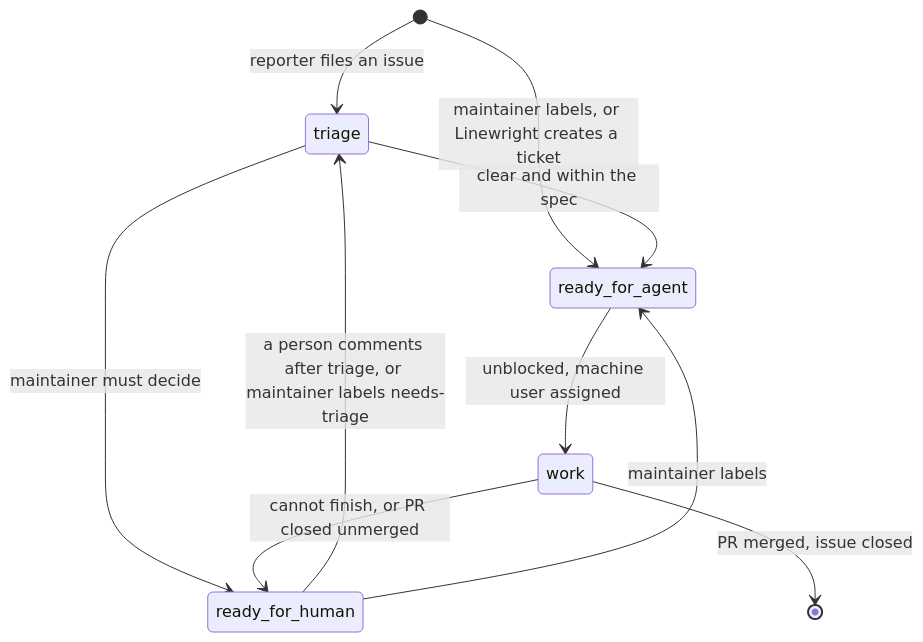
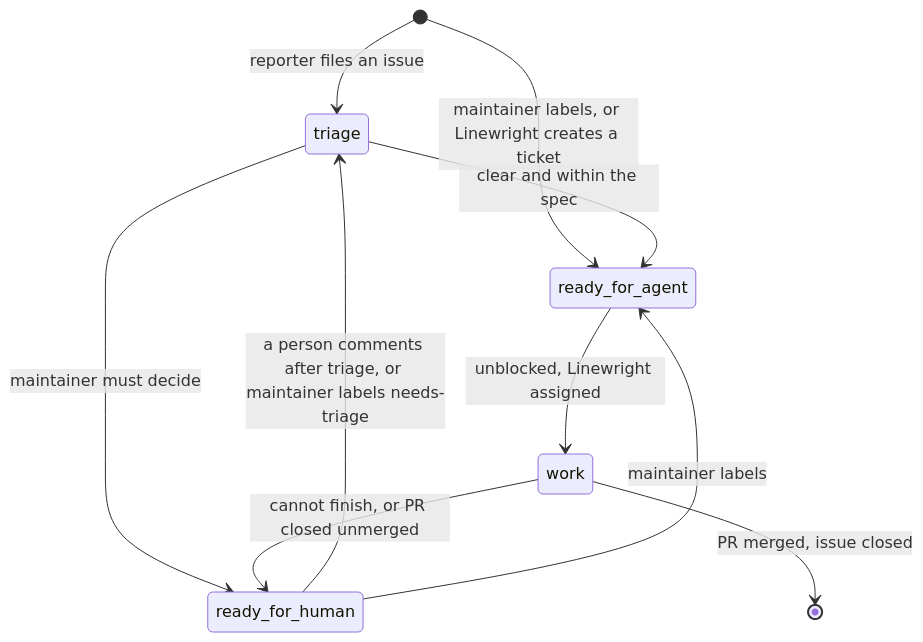
The diagram in docs/specs/repository.md (XRafik/linewright), drawn with Mermaid before and after one commit. The commit also changed other lines of this file and 8 other files, not shown here.

````diff
--- a/docs/specs/repository.md
+++ b/docs/specs/repository.md
@@ -103,12 +104,12 @@
 ```mermaid
 stateDiagram-v2
     [*] --> triage: reporter files an issue
     [*] --> ready_for_agent: maintainer labels, or Linewright creates a ticket
     triage --> ready_for_agent: clear and within the spec
     triage --> ready_for_human: maintainer must decide
     ready_for_human --> triage: a person comments after triage, or maintainer labels needs-triage
     ready_for_human --> ready_for_agent: maintainer labels
-    ready_for_agent --> work: unblocked, machine user assigned
+    ready_for_agent --> work: unblocked, Linewright assigned
     work --> ready_for_human: cannot finish, or PR closed unmerged
     work --> [*]: PR merged, issue closed
 ```
````
